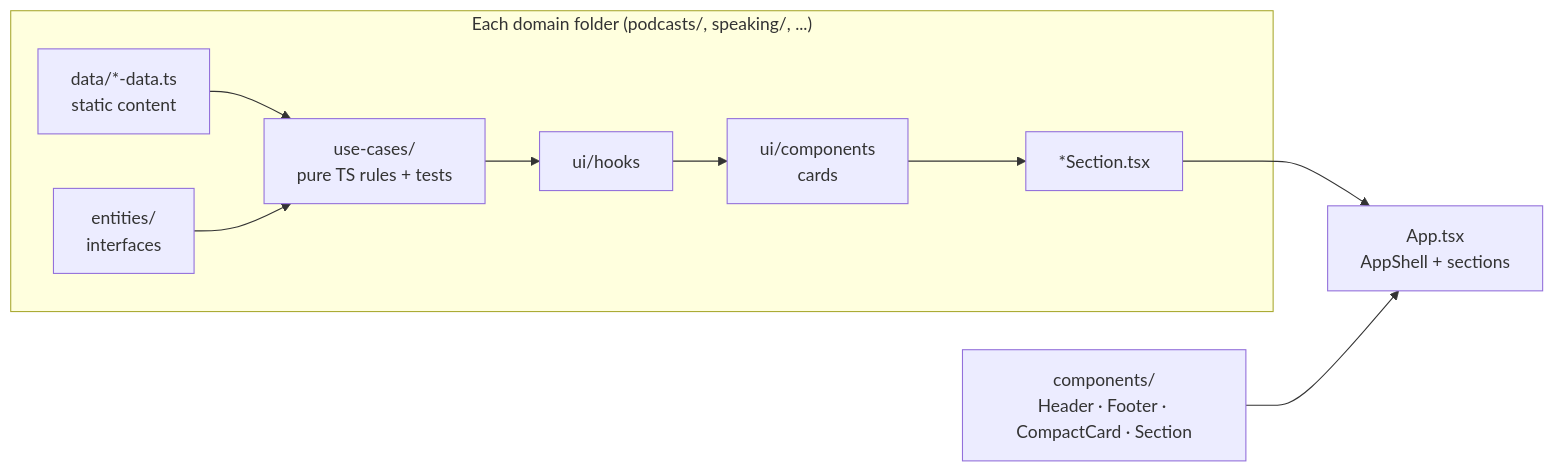
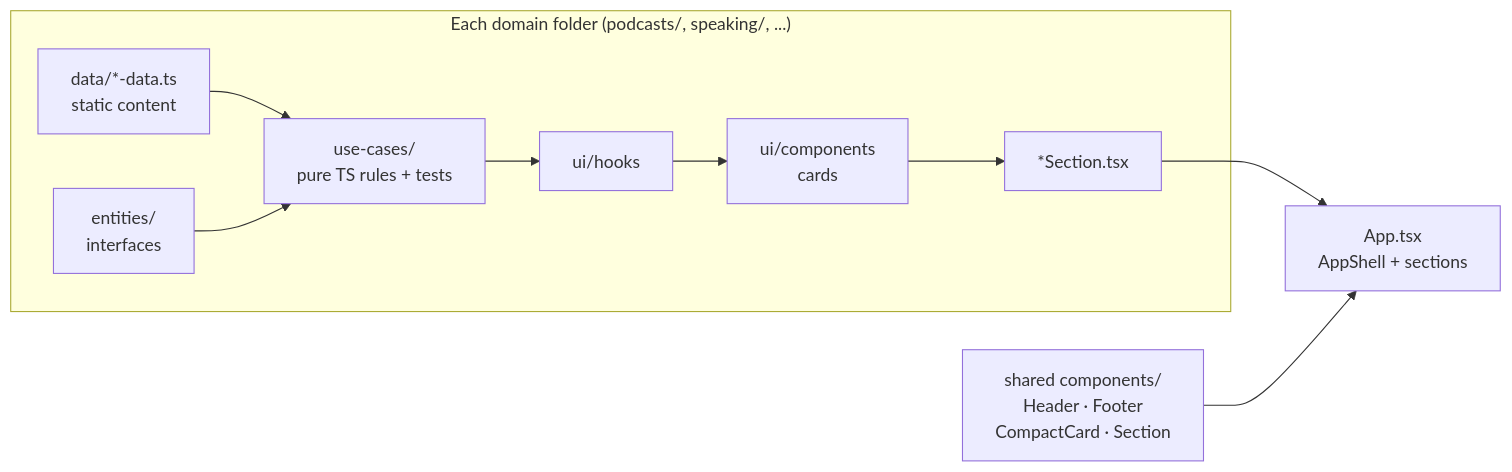
Before and after one commit to SeveralHerr/JamcraftApp: the first of 2 diagrams in README.md, drawn with Mermaid.

Commit message:
. d Wrap clipped Mermaid node label in README
Claude-Session: https://claude.ai/code/session_01XPimqLeqP46PtHW4SHVv2t

````diff
--- a/README.md
+++ b/README.md
@@ -86,12 +86,12 @@
 ```mermaid
 flowchart LR
   subgraph Domain["Each domain folder (podcasts/, speaking/, ...)"]
     D[data/*-data.ts<br/>static content] --> U[use-cases/<br/>pure TS rules + tests]
     E[entities/<br/>interfaces] --> U
     U --> H[ui/hooks]
     H --> C[ui/components<br/>cards]
     C --> S[*Section.tsx]
   end
   S --> A[App.tsx<br/>AppShell + sections]
-  SH[components/<br/>Header · Footer · CompactCard · Section] --> A
+  SH[shared components/<br/>Header · Footer<br/>CompactCard · Section] --> A
 ```
````
